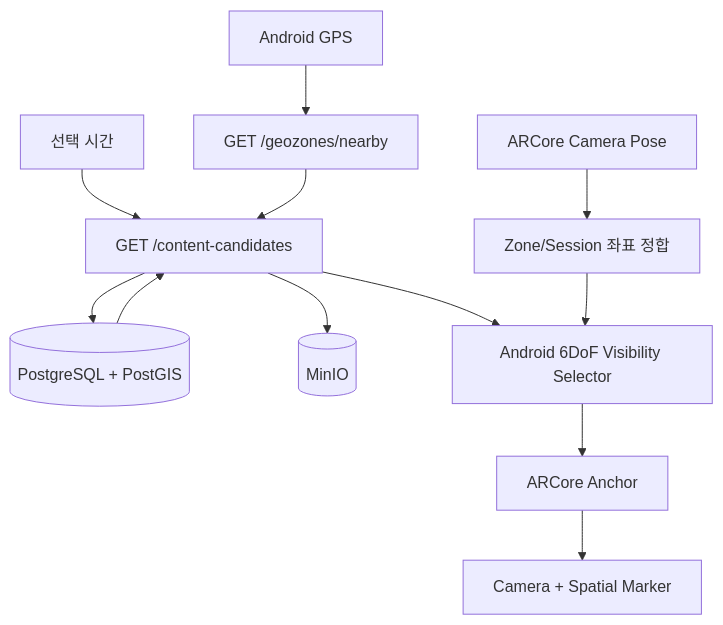
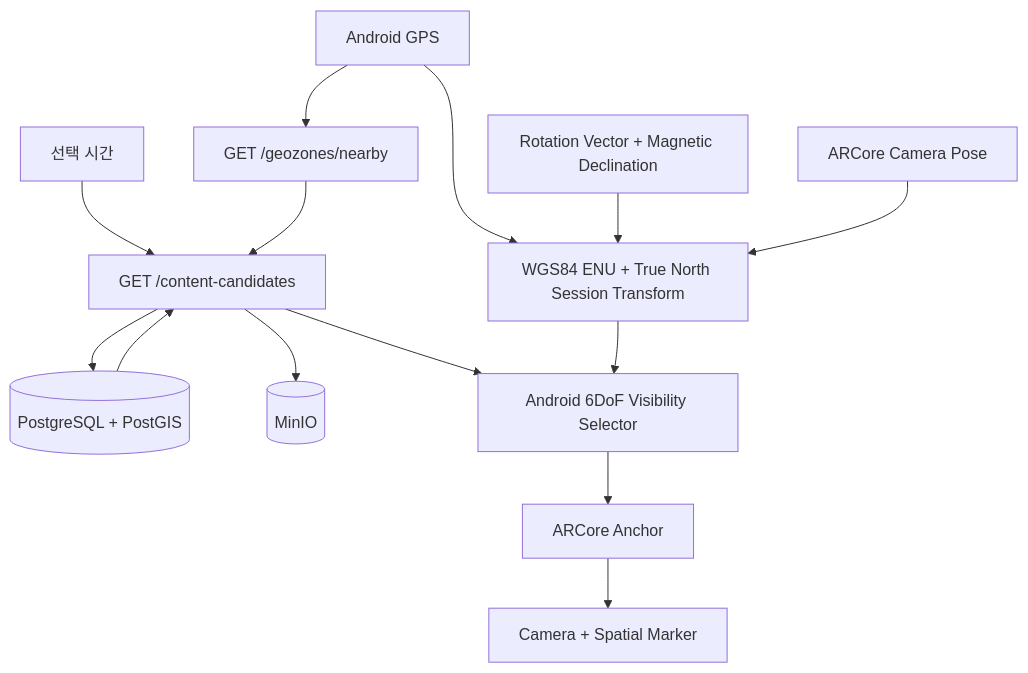
Before and after one commit to sjkim0637/hackerton: the diagram in experiments/goguma-salad/geo-time-ar-v2/docs/architecture.md, drawn with Mermaid. The commit also changed other lines of this file and 22 other files, not shown here.

````diff
--- a/experiments/goguma-salad/geo-time-ar-v2/docs/architecture.md
+++ b/experiments/goguma-salad/geo-time-ar-v2/docs/architecture.md
@@ -5,14 +5,16 @@
 ```mermaid
 flowchart TD
     GPS[Android GPS] --> Nearby[GET /geozones/nearby]
     Time[선택 시간] --> Candidates[GET /content-candidates]
     Nearby --> Candidates
     Candidates --> PG[(PostgreSQL + PostGIS)]
     PG --> Candidates
     Candidates --> Assets[(MinIO)]
     Candidates --> Selector[Android 6DoF Visibility Selector]
-    Pose[ARCore Camera Pose] --> Transform[Zone/Session 좌표 정합]
+    GPS --> Transform[WGS84 ENU + True North Session Transform]
+    Compass[Rotation Vector + Magnetic Declination] --> Transform
+    Pose[ARCore Camera Pose] --> Transform
     Transform --> Selector
     Selector --> Anchor[ARCore Anchor]
     Anchor --> Render[Camera + Spatial Marker]
 ```
````
